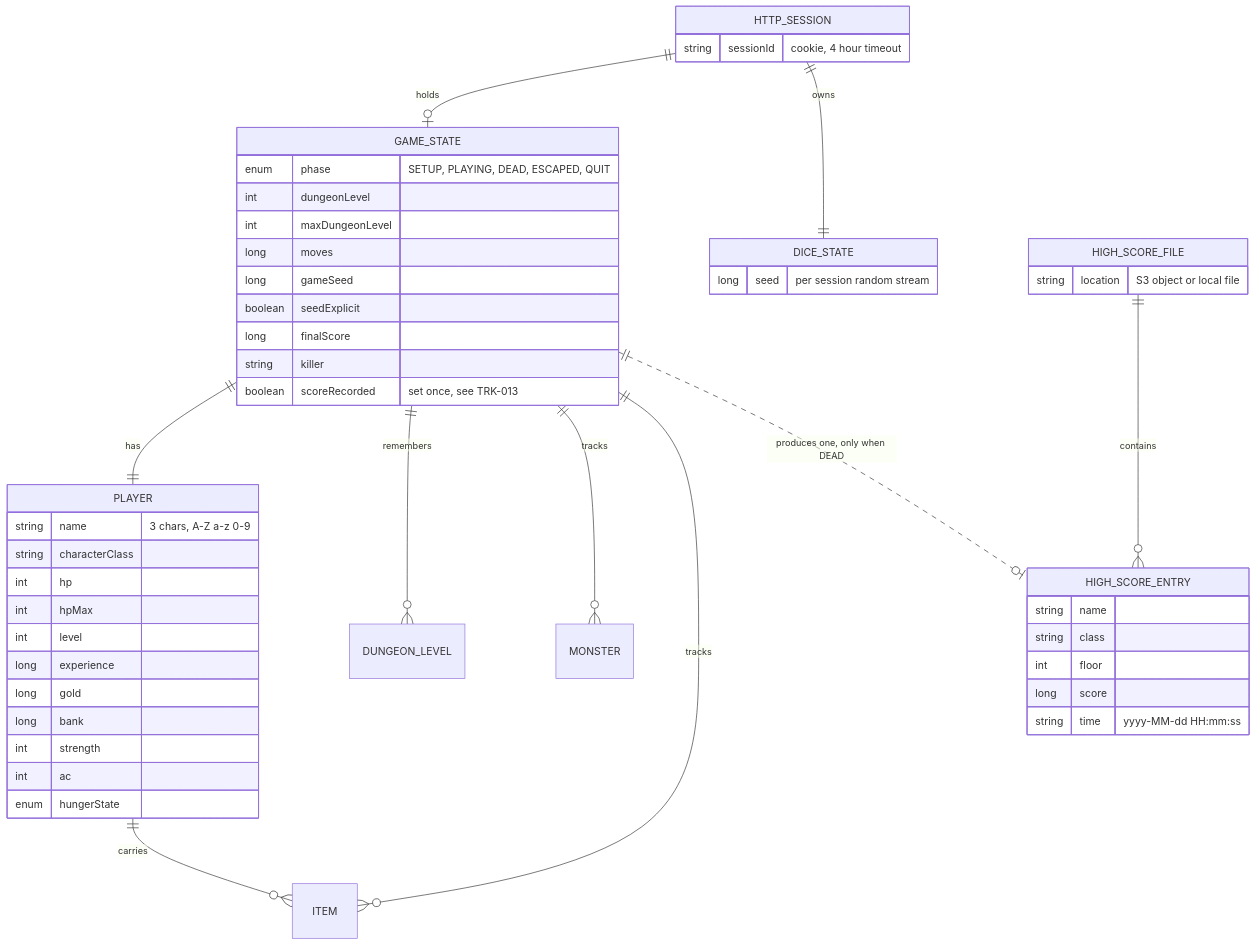
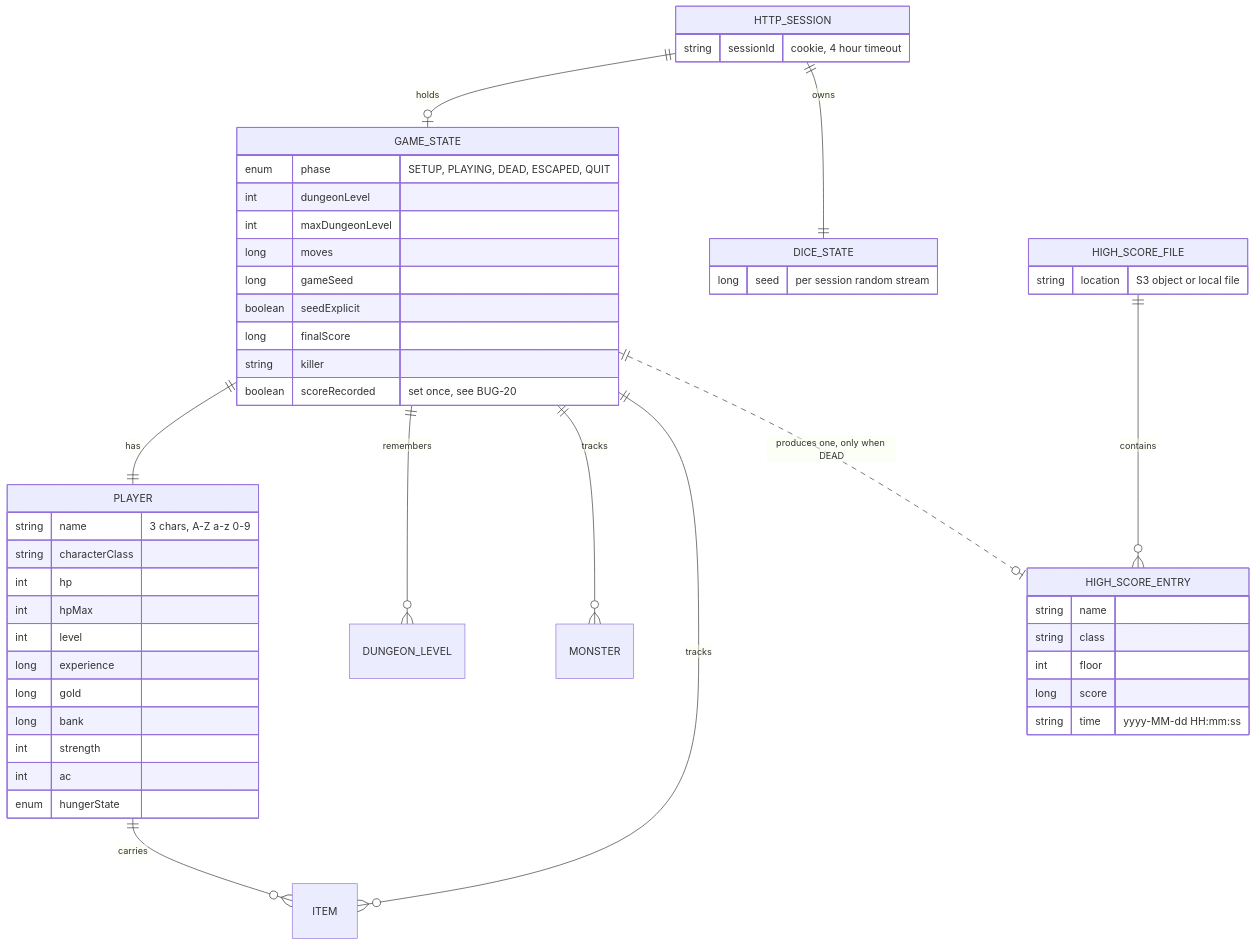
The diagram in docs/backend-schema.md (roncproject/ruhrohgue), drawn with Mermaid before and after one commit. The commit also changed 3 other files, not shown here.

````diff
--- a/docs/backend-schema.md
+++ b/docs/backend-schema.md
@@ -17,53 +17,53 @@
 ```mermaid
 erDiagram
     HTTP_SESSION ||--o| GAME_STATE : holds
     HTTP_SESSION ||--|| DICE_STATE : owns
     GAME_STATE ||--|| PLAYER : has
     GAME_STATE ||--o{ DUNGEON_LEVEL : remembers
     GAME_STATE ||--o{ MONSTER : tracks
     GAME_STATE ||--o{ ITEM : tracks
     PLAYER ||--o{ ITEM : carries
     GAME_STATE ||..o| HIGH_SCORE_ENTRY : "produces one, only when DEAD"
     HIGH_SCORE_FILE ||--o{ HIGH_SCORE_ENTRY : contains
 
     HTTP_SESSION {
         string sessionId "cookie, 4 hour timeout"
     }
     DICE_STATE {
         long seed "per session random stream"
     }
     GAME_STATE {
         enum phase "SETUP, PLAYING, DEAD, ESCAPED, QUIT"
         int dungeonLevel
         int maxDungeonLevel
         long moves
         long gameSeed
         boolean seedExplicit
         long finalScore
         string killer
-        boolean scoreRecorded "set once, see TRK-013"
+        boolean scoreRecorded "set once, see BUG-20"
     }
     PLAYER {
         string name "3 chars, A-Z a-z 0-9"
         string characterClass
         int hp
         int hpMax
         int level
         long experience
         long gold
         long bank
         int strength
         int ac
         enum hungerState
     }
     HIGH_SCORE_ENTRY {
         string name
         string class
         int floor
         long score
         string time "yyyy-MM-dd HH:mm:ss"
     }
     HIGH_SCORE_FILE {
         string location "S3 object or local file"
     }
 ```
````
